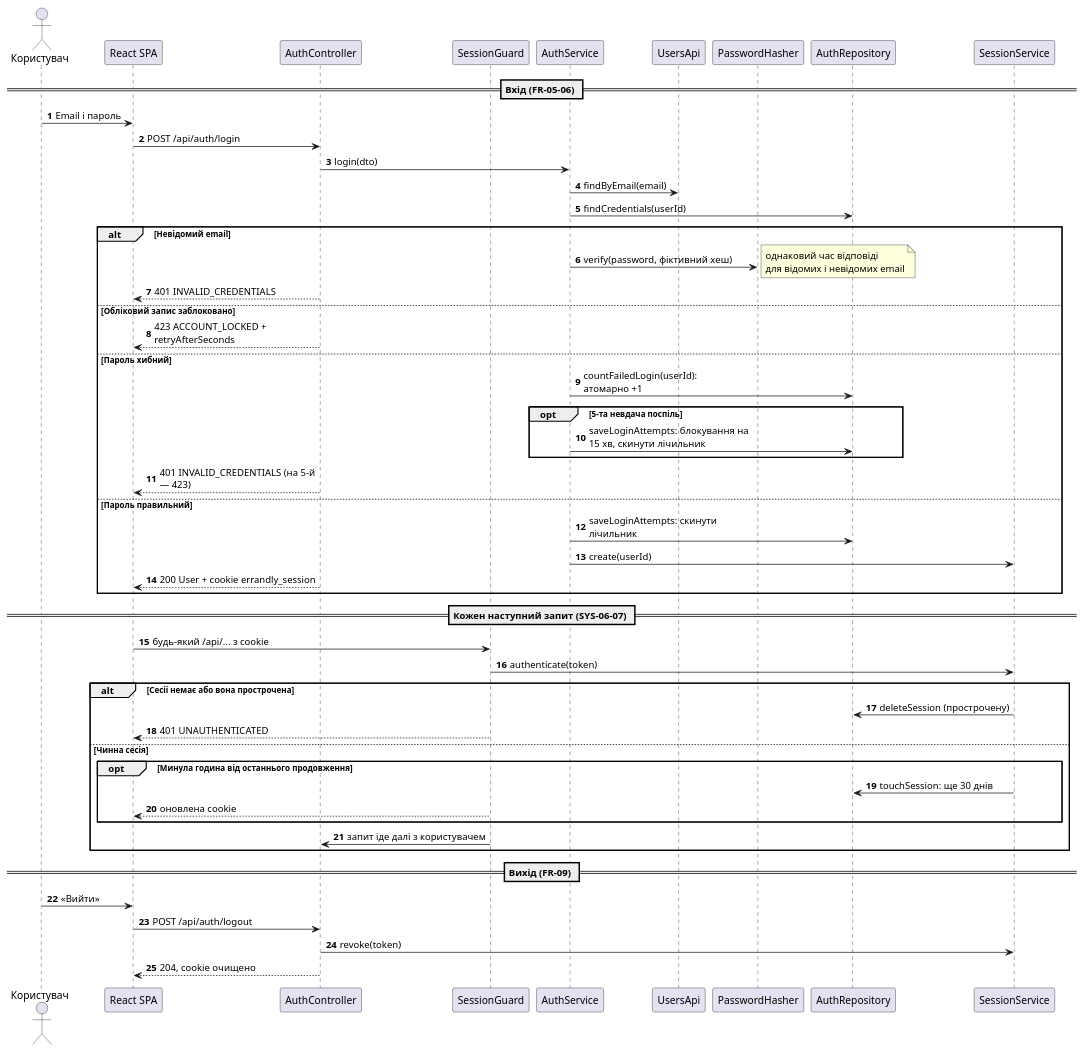
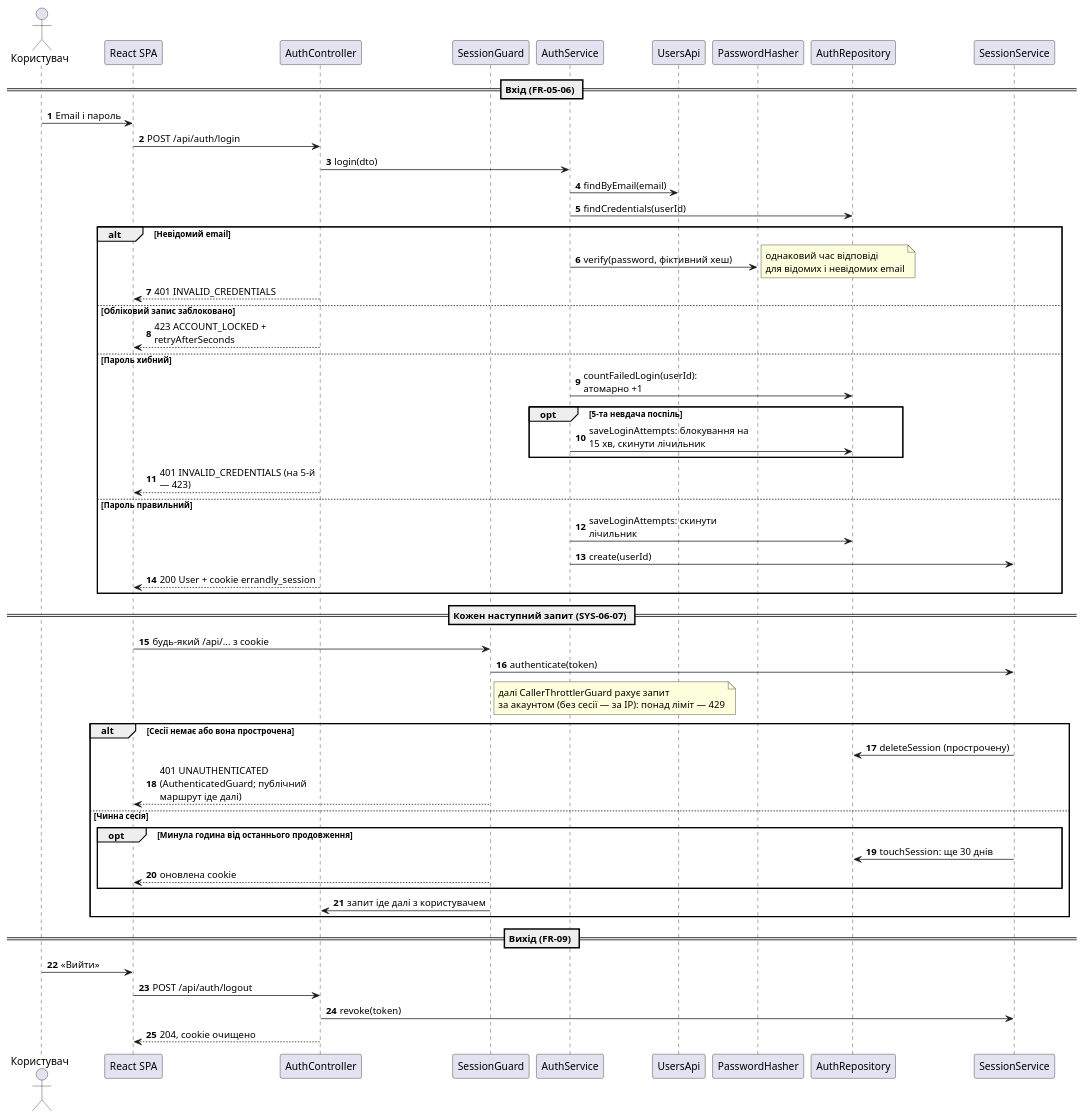
The diagram in docs/diagrams/sequence/sd-0-2-sign-in.puml (mzabrodin/Errandly), drawn with PlantUML before and after one commit. The commit also changed 18 other files, not shown here.

```diff
--- a/docs/diagrams/sequence/sd-0-2-sign-in.puml
+++ b/docs/diagrams/sequence/sd-0-2-sign-in.puml
@@ -1,61 +1,62 @@
 @startuml sd-0-2-sign-in
 skinparam shadowing false
 skinparam defaultFontName "Inter, Segoe UI, Arial"
 skinparam maxMessageSize 220
 skinparam ResponseMessageBelowArrow true
 autonumber
 
 actor "Користувач" as User
 participant "React SPA" as SPA
 participant "AuthController" as Ctrl
 participant "SessionGuard" as Guard
 participant "AuthService" as Svc
 participant "UsersApi" as Users
 participant "PasswordHasher" as Hasher
 participant "AuthRepository" as Repo
 participant "SessionService" as Sessions
 
 == Вхід (FR-05–06) ==
 User -> SPA : Email і пароль
 SPA -> Ctrl : POST /api/auth/login
 Ctrl -> Svc : login(dto)
 Svc -> Users : findByEmail(email)
 Svc -> Repo : findCredentials(userId)
 alt Невідомий email
   Svc -> Hasher : verify(password, фіктивний хеш)
   note right : однаковий час відповіді\nдля відомих і невідомих email
   Ctrl --> SPA : 401 INVALID_CREDENTIALS
 else Обліковий запис заблоковано
   Ctrl --> SPA : 423 ACCOUNT_LOCKED + retryAfterSeconds
 else Пароль хибний
   Svc -> Repo : countFailedLogin(userId): атомарно +1
   opt 5-та невдача поспіль
     Svc -> Repo : saveLoginAttempts: блокування на 15 хв, скинути лічильник
   end
   Ctrl --> SPA : 401 INVALID_CREDENTIALS (на 5-й — 423)
 else Пароль правильний
   Svc -> Repo : saveLoginAttempts: скинути лічильник
   Svc -> Sessions : create(userId)
   Ctrl --> SPA : 200 User + cookie errandly_session
 end
 
 == Кожен наступний запит (SYS-06–07) ==
 SPA -> Guard : будь-який /api/... з cookie
 Guard -> Sessions : authenticate(token)
+note right of Guard : далі CallerThrottlerGuard рахує запит\nза акаунтом (без сесії — за IP): понад ліміт — 429
 alt Сесії немає або вона прострочена
   Sessions -> Repo : deleteSession (прострочену)
-  Guard --> SPA : 401 UNAUTHENTICATED
+  Guard --> SPA : 401 UNAUTHENTICATED (AuthenticatedGuard; публічний маршрут іде далі)
 else Чинна сесія
   opt Минула година від останнього продовження
     Sessions -> Repo : touchSession: ще 30 днів
     Guard --> SPA : оновлена cookie
   end
   Guard -> Ctrl : запит іде далі з користувачем
 end
 
 == Вихід (FR-09) ==
 User -> SPA : «Вийти»
 SPA -> Ctrl : POST /api/auth/logout
 Ctrl -> Sessions : revoke(token)
 Ctrl --> SPA : 204, cookie очищено
 @enduml
```
